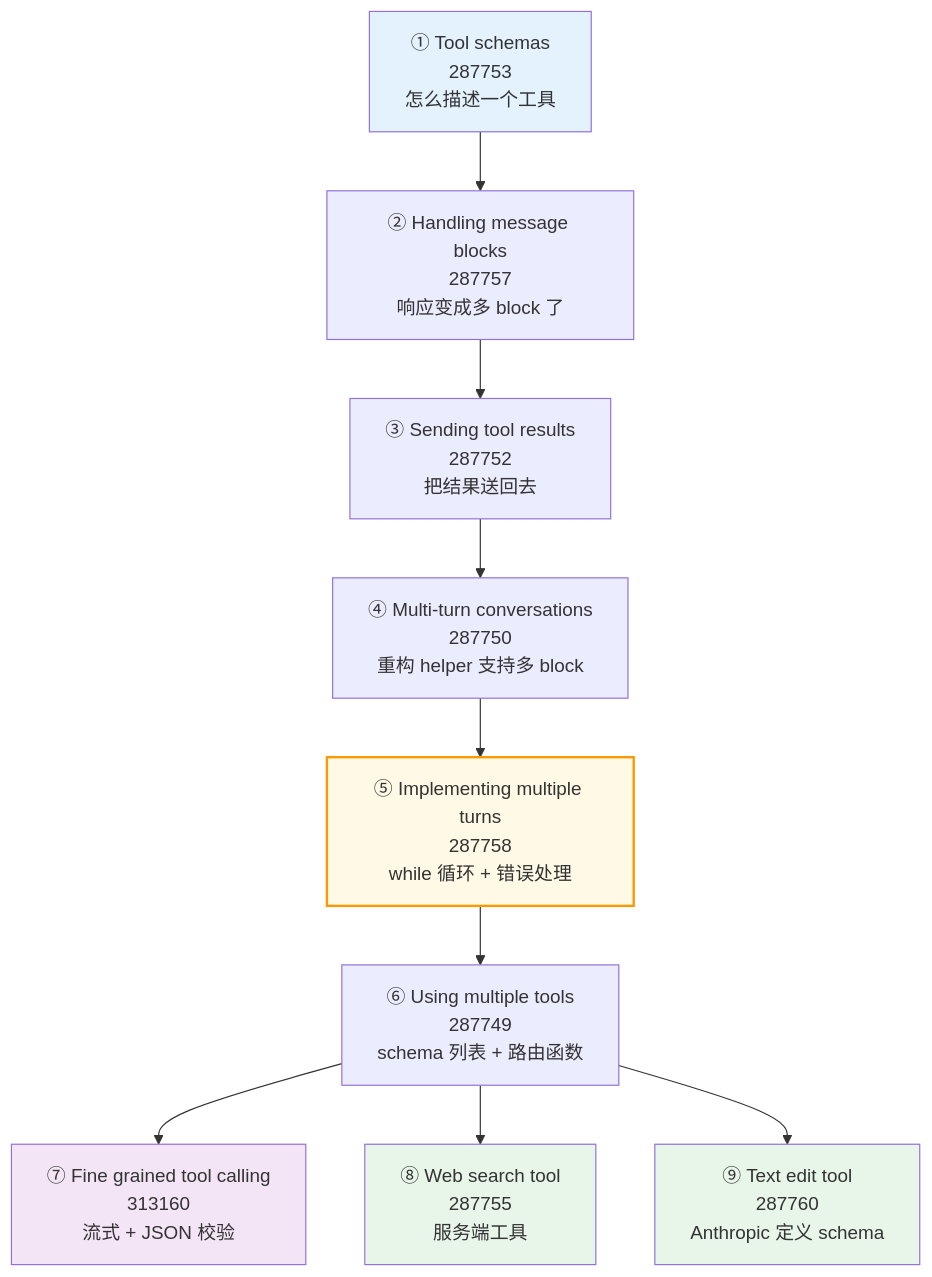
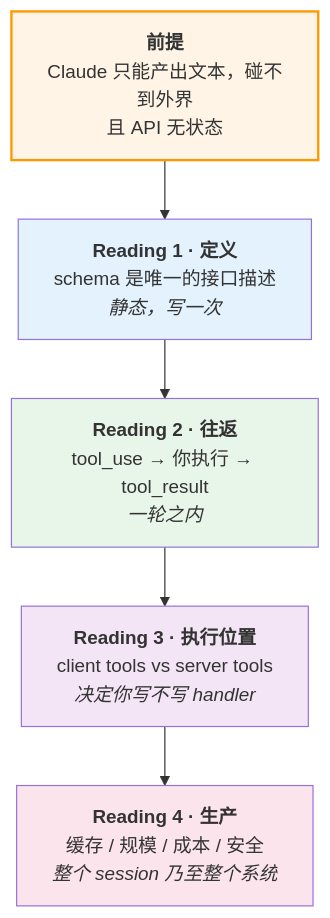
One commit to caiboyang/ML-learning changed the first of 6 diagrams in phase3_tool_usage/Tool_Use_Study_Notes.md. Above: the diagram before and after it, drawn with Mermaid. The commit also changed other lines of this file and 1 other file, not shown here.

````diff
--- a/phase3_tool_usage/Tool_Use_Study_Notes.md
+++ b/phase3_tool_usage/Tool_Use_Study_Notes.md
@@ -91,17 +57,15 @@
 ```mermaid
-flowchart TD
-    A["① Tool schemas<br/>287753<br/>怎么描述一个工具"] --> B["② Handling message blocks<br/>287757<br/>响应变成多 block 了"]
-    B --> C["③ Sending tool results<br/>287752<br/>把结果送回去"]
-    C --> D["④ Multi-turn conversations<br/>287750<br/>重构 helper 支持多 block"]
-    D --> E["⑤ Implementing multiple turns<br/>287758<br/>while 循环 + 错误处理"]
-    E --> F["⑥ Using multiple tools<br/>287749<br/>schema 列表 + 路由函数"]
-    F --> G["⑦ Fine grained tool calling<br/>313160<br/>流式 + JSON 校验"]
-    F --> H["⑧ Web search tool<br/>287755<br/>服务端工具"]
-    F --> I["⑨ Text edit tool<br/>287760<br/>Anthropic 定义 schema"]
+flowchart TB
+    P["<b>前提</b><br/>Claude 只能产出文本，碰不到外界<br/>且 API 无状态"]
 
-    style A fill:#e3f2fd
-    style E fill:#fff9e6,stroke:#ff9800,stroke-width:2px
-    style G fill:#f3e5f5
-    style H fill:#e8f5e9
-    style I fill:#e8f5e9
+    P --> R1["<b>Reading 1 · 定义</b><br/>schema 是唯一的接口描述<br/><i>静态，写一次</i>"]
+    R1 --> R2["<b>Reading 2 · 往返</b><br/>tool_use → 你执行 → tool_result<br/><i>一轮之内</i>"]
+    R2 --> R3["<b>Reading 3 · 执行位置</b><br/>client tools vs server tools<br/><i>决定你写不写 handler</i>"]
+    R3 --> R4["<b>Reading 4 · 生产</b><br/>缓存 / 规模 / 成本 / 安全<br/><i>整个 session 乃至整个系统</i>"]
+
+    style P fill:#fff4e6,stroke:#ff9800,stroke-width:2px
+    style R1 fill:#e3f2fd
+    style R2 fill:#e8f5e9
+    style R3 fill:#f3e5f5
+    style R4 fill:#fce4ec
 ```
````
